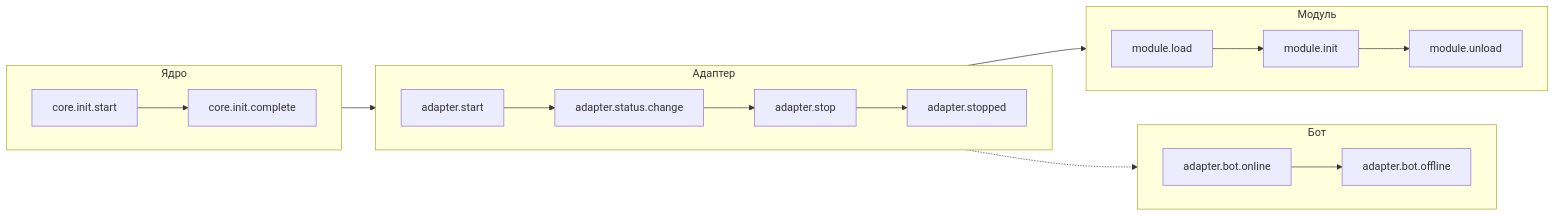
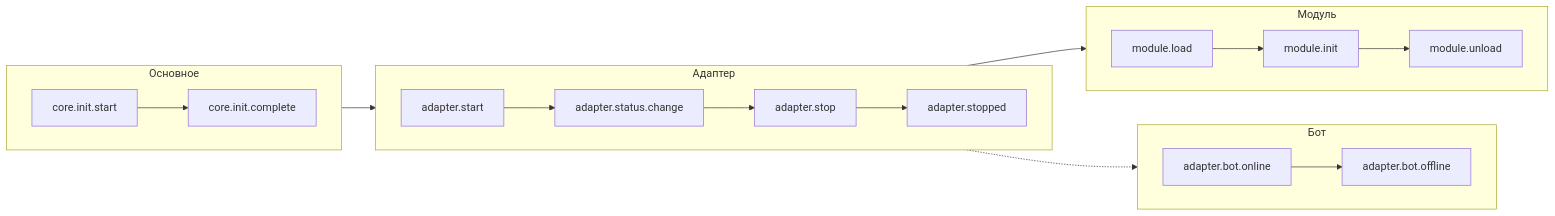
Before and after one commit to ErisPulse/ErisPulse: the fifth of 9 diagrams in docs/ru/architecture.md, drawn with Mermaid. The commit also changed other lines of this file and 299 other files, not shown here.

````diff
--- a/docs/ru/architecture.md
+++ b/docs/ru/architecture.md
@@ -164,26 +161,26 @@
 ```mermaid
 flowchart LR
-    subgraph Core["Ядро"]
+    subgraph Core["Основное"]
         direction LR
         C1["core.init.start"] --> C2["core.init.complete"]
     end
 
     subgraph AdapterLife["Адаптер"]
         direction LR
         A1["adapter.start"] --> A2["adapter.status.change"] --> A3["adapter.stop"] --> A4["adapter.stopped"]
     end
 
     subgraph ModuleLife["Модуль"]
         direction LR
         M1["module.load"] --> M2["module.init"] --> M3["module.unload"]
     end
 
     subgraph BotLife["Бот"]
         direction LR
         B1["adapter.bot.online"] --> B2["adapter.bot.offline"]
     end
 
     Core --> AdapterLife
     AdapterLife --> ModuleLife
     AdapterLife -.-> BotLife
 ```
````
